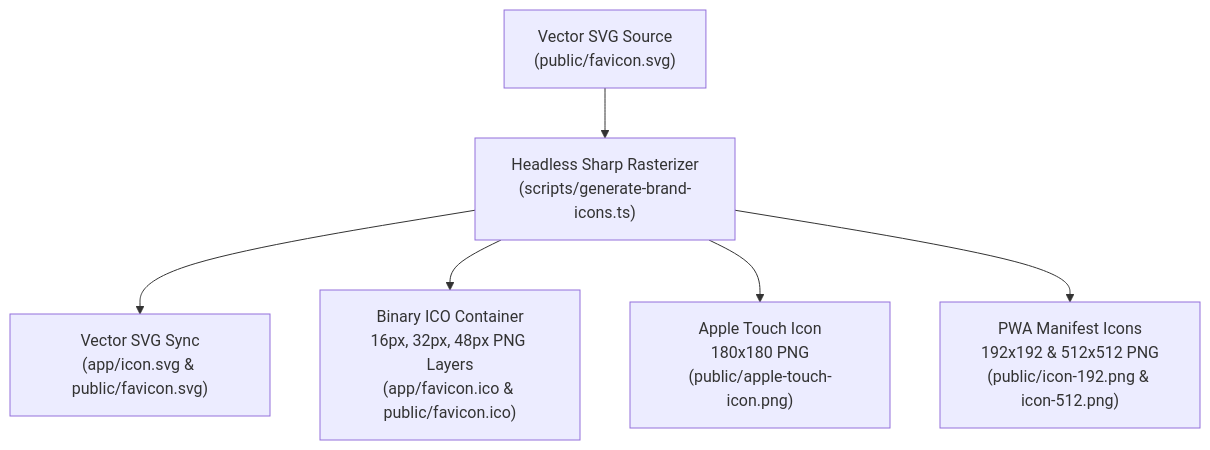
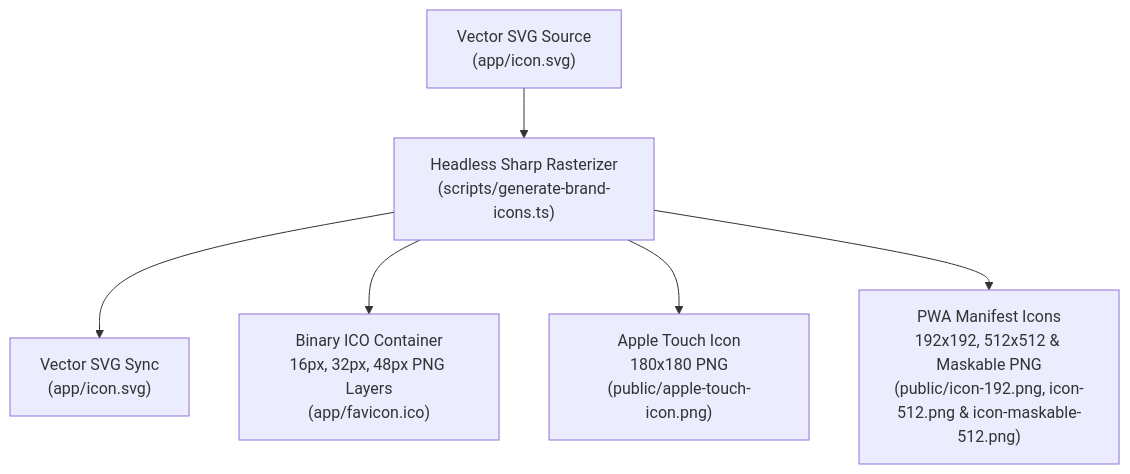
Before and after one commit to fderuiter/deruiter.dev: the first of 2 diagrams in ARCHITECTURE.md, drawn with Mermaid. The commit also changed other lines of this file and 42 other files, not shown here.

````diff
--- a/ARCHITECTURE.md
+++ b/ARCHITECTURE.md
@@ -99,8 +99,8 @@
 ```mermaid
 flowchart TD
-    A["Vector SVG Source<br/>(public/favicon.svg)"] --> B["Headless Sharp Rasterizer<br/>(scripts/generate-brand-icons.ts)"]
-    B --> C1["Vector SVG Sync<br/>(app/icon.svg & public/favicon.svg)"]
-    B --> C2["Binary ICO Container<br/>16px, 32px, 48px PNG Layers<br/>(app/favicon.ico & public/favicon.ico)"]
+    A["Vector SVG Source<br/>(app/icon.svg)"] --> B["Headless Sharp Rasterizer<br/>(scripts/generate-brand-icons.ts)"]
+    B --> C1["Vector SVG Sync<br/>(app/icon.svg)"]
+    B --> C2["Binary ICO Container<br/>16px, 32px, 48px PNG Layers<br/>(app/favicon.ico)"]
     B --> C3["Apple Touch Icon<br/>180x180 PNG<br/>(public/apple-touch-icon.png)"]
-    B --> C4["PWA Manifest Icons<br/>192x192 & 512x512 PNG<br/>(public/icon-192.png & icon-512.png)"]
+    B --> C4["PWA Manifest Icons<br/>192x192, 512x512 & Maskable PNG<br/>(public/icon-192.png, icon-512.png & icon-maskable-512.png)"]
 ```
````
